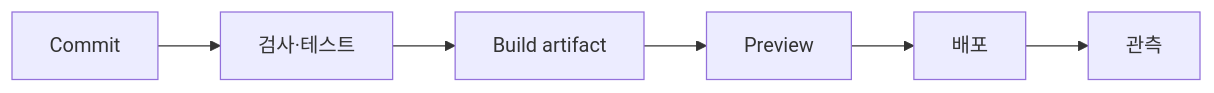
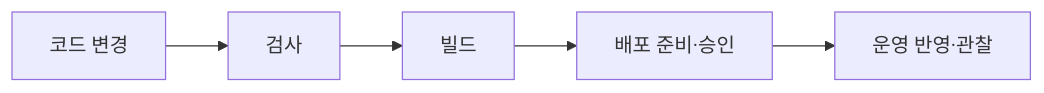
Before and after one commit to moocongpapa/it-study: the diagram in content/topics/cicd-pipelines.md, drawn with Mermaid. The commit also changed other lines of this file and 71 other files, not shown here.

````diff
--- a/content/topics/cicd-pipelines.md
+++ b/content/topics/cicd-pipelines.md
@@ -6,4 +20,4 @@
 ```mermaid
 flowchart LR
-  C["Commit"] --> T["검사·테스트"] --> B["Build artifact"] --> P["Preview"] --> D["배포"] --> O["관측"]
+ A["코드 변경"] --> B["검사"] --> C["빌드"] --> D["배포 준비·승인"] --> E["운영 반영·관찰"]
 ```
````
